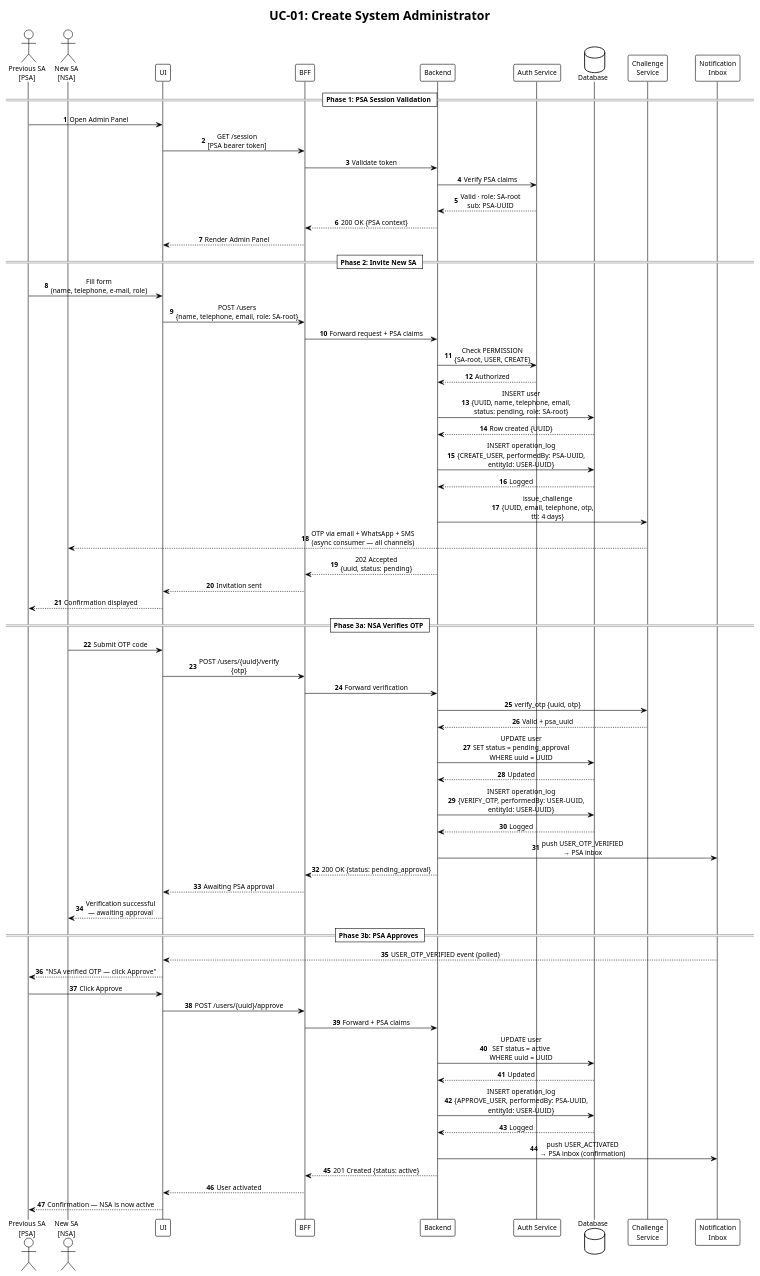
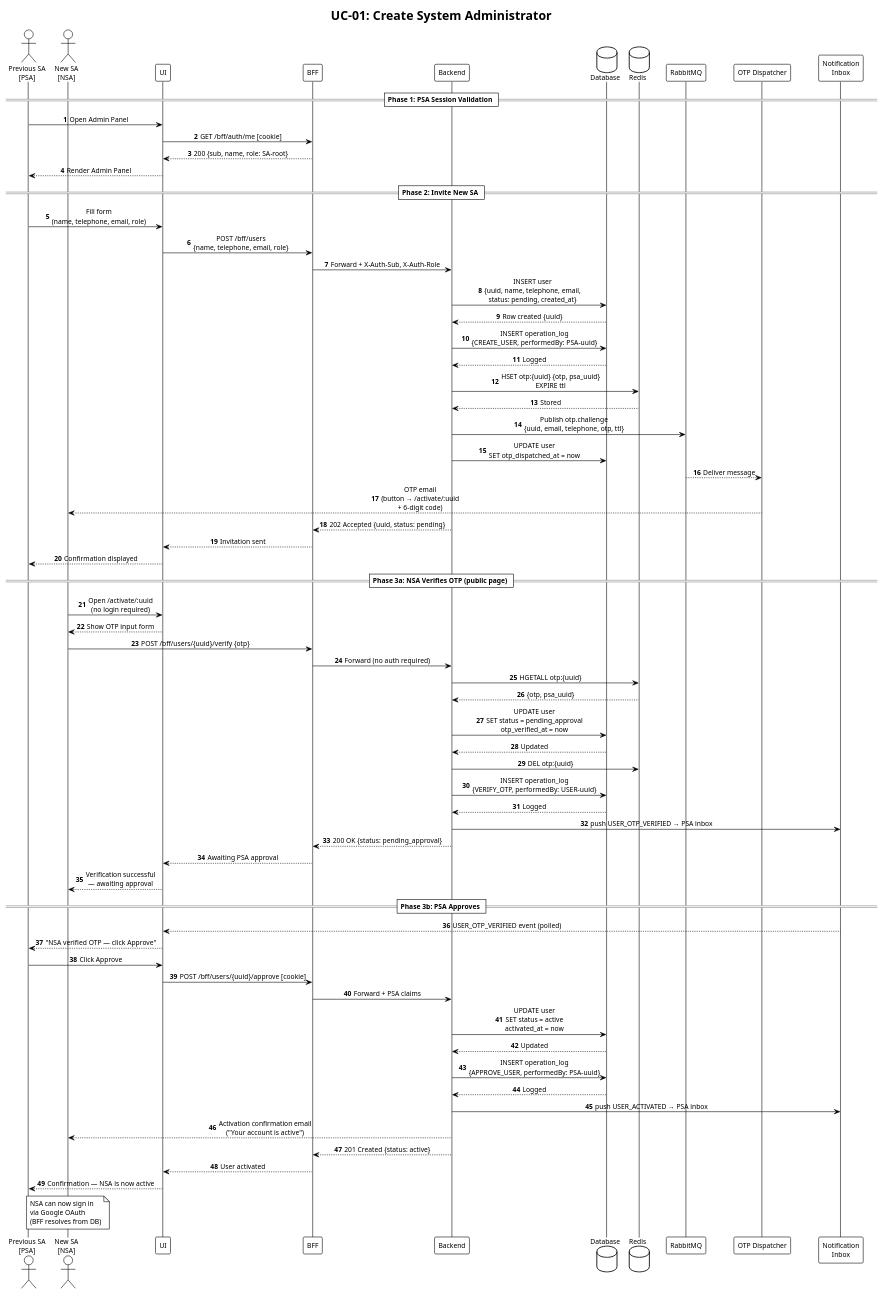
Before and after one commit to SilvestreAuricchio/b-muniai-preview: the second of 2 diagrams in docs/architecture/sequence-create-sa.md, drawn with PlantUML. The commit also changed other lines of this file and 3 other files, not shown here.

````diff
--- a/docs/architecture/sequence-create-sa.md
+++ b/docs/architecture/sequence-create-sa.md
@@ -125,64 +134,71 @@
 
 title UC-01: Create System Administrator
 
-actor "Previous SA\n[PSA]" as PSA
-actor "New SA\n[NSA]"       as NSA
-participant "UI"             as UI
-participant "BFF"            as BFF
-participant "Backend"        as BE
-participant "Auth Service"   as Auth
-database    "Database"       as DB
-participant "Challenge\nService"      as Ch
-participant "Notification\nInbox"     as NI
+actor "Previous SA\n[PSA]"  as PSA
+actor "New SA\n[NSA]"        as NSA
+participant "UI"              as UI
+participant "BFF"             as BFF
+participant "Backend"         as BE
+database    "Database"        as DB
+database    "Redis"           as Redis
+participant "RabbitMQ"        as MQ
+participant "OTP Dispatcher"  as Disp
+participant "Notification\nInbox" as NI
 
 autonumber
 
 == Phase 1: PSA Session Validation ==
 
 PSA  ->  UI   : Open Admin Panel
-UI   ->  BFF  : GET /session\n[PSA bearer token]
-BFF  ->  BE   : Validate token
-BE   ->  Auth : Verify PSA claims
-Auth --> BE   : Valid · role: SA-root\nsub: PSA-UUID
-BE   --> BFF  : 200 OK {PSA context}
-BFF  --> UI   : Render Admin Panel
+UI   ->  BFF  : GET /bff/auth/me [cookie]
+BFF  --> UI   : 200 {sub, name, role: SA-root}
+UI   --> PSA  : Render Admin Panel
 
 == Phase 2: Invite New SA ==
 
-PSA  ->  UI   : Fill form\n(name, telephone, e-mail, role)
-UI   ->  BFF  : POST /users\n{name, telephone, email, role: SA-root}
-BFF  ->  BE   : Forward request + PSA claims
-BE   ->  Auth : Check PERMISSION\n{SA-root, USER, CREATE}
-Auth --> BE   : Authorized
+PSA  ->  UI   : Fill form\n(name, telephone, email, role)
+UI   ->  BFF  : POST /bff/users\n{name, telephone, email, role}
+BFF  ->  BE   : Forward + X-Auth-Sub, X-Auth-Role
 
-BE   ->  DB   : INSERT user\n{UUID, name, telephone, email,\nstatus: pending, role: SA-root}
-DB   --> BE   : Row created {UUID}
+BE   ->  DB   : INSERT user\n{uuid, name, telephone, email,\nstatus: pending, created_at}
+DB   --> BE   : Row created {uuid}
 
-BE   ->  DB   : INSERT operation_log\n{CREATE_USER, performedBy: PSA-UUID,\nentityId: USER-UUID}
+BE   ->  DB   : INSERT operation_log\n{CREATE_USER, performedBy: PSA-uuid}
 DB   --> BE   : Logged
 
-BE   ->  Ch   : issue_challenge\n{UUID, email, telephone, otp,\nttl: 4 days}
-Ch   --> NSA  : OTP via email + WhatsApp + SMS\n(async consumer — all channels)
+BE   ->  Redis : HSET otp:{uuid} {otp, psa_uuid}\nEXPIRE ttl
+Redis --> BE   : Stored
 
-BE   --> BFF  : 202 Accepted\n{uuid, status: pending}
+BE   ->  MQ   : Publish otp.challenge\n{uuid, email, telephone, otp, ttl}
+BE   ->  DB   : UPDATE user\nSET otp_dispatched_at = now
+
+MQ   --> Disp : Deliver message
+Disp --> NSA  : OTP email\n(button → /activate/:uuid\n+ 6-digit code)
+
+BE   --> BFF  : 202 Accepted {uuid, status: pending}
 BFF  --> UI   : Invitation sent
 UI   --> PSA  : Confirmation displayed
 
-== Phase 3a: NSA Verifies OTP ==
+== Phase 3a: NSA Verifies OTP (public page) ==
 
-NSA  ->  UI   : Submit OTP code
-UI   ->  BFF  : POST /users/{uuid}/verify\n{otp}
-BFF  ->  BE   : Forward verification
-BE   ->  Ch   : verify_otp {uuid, otp}
-Ch   --> BE   : Valid + psa_uuid
+NSA  ->  UI   : Open /activate/:uuid\n(no login required)
+UI   --> NSA  : Show OTP input form
 
-BE   ->  DB   : UPDATE user\nSET status = pending_approval\nWHERE uuid = UUID
+NSA  ->  BFF  : POST /bff/users/{uuid}/verify {otp}
+BFF  ->  BE   : Forward (no auth required)
+
+BE   ->  Redis : HGETALL otp:{uuid}
+Redis --> BE   : {otp, psa_uuid}
+
+BE   ->  DB   : UPDATE user\nSET status = pending_approval\notp_verified_at = now
 DB   --> BE   : Updated
 
-BE   ->  DB   : INSERT operation_log\n{VERIFY_OTP, performedBy: USER-UUID,\nentityId: USER-UUID}
+BE   ->  Redis : DEL otp:{uuid}
+
+BE   ->  DB   : INSERT operation_log\n{VERIFY_OTP, performedBy: USER-uuid}
 DB   --> BE   : Logged
 
-BE   ->  NI   : push USER_OTP_VERIFIED\n→ PSA inbox
+BE   ->  NI   : push USER_OTP_VERIFIED → PSA inbox
 
 BE   --> BFF  : 200 OK {status: pending_approval}
 BFF  --> UI   : Awaiting PSA approval
@@ -193,20 +209,23 @@
 NI   --> UI   : USER_OTP_VERIFIED event (polled)
 UI   --> PSA  : "NSA verified OTP — click Approve"
 PSA  ->  UI   : Click Approve
-UI   ->  BFF  : POST /users/{uuid}/approve
+UI   ->  BFF  : POST /bff/users/{uuid}/approve [cookie]
 BFF  ->  BE   : Forward + PSA claims
 
-BE   ->  DB   : UPDATE user\nSET status = active\nWHERE uuid = UUID
+BE   ->  DB   : UPDATE user\nSET status = active\nactivated_at = now
 DB   --> BE   : Updated
 
-BE   ->  DB   : INSERT operation_log\n{APPROVE_USER, performedBy: PSA-UUID,\nentityId: USER-UUID}
+BE   ->  DB   : INSERT operation_log\n{APPROVE_USER, performedBy: PSA-uuid}
 DB   --> BE   : Logged
 
-BE   ->  NI   : push USER_ACTIVATED\n→ PSA inbox (confirmation)
+BE   ->  NI   : push USER_ACTIVATED → PSA inbox
+BE   --> NSA  : Activation confirmation email\n("Your account is active")
 
 BE   --> BFF  : 201 Created {status: active}
 BFF  --> UI   : User activated
 UI   --> PSA  : Confirmation — NSA is now active
 
+note over NSA : NSA can now sign in\nvia Google OAuth\n(BFF resolves from DB)
+
 @enduml
 ```
````
